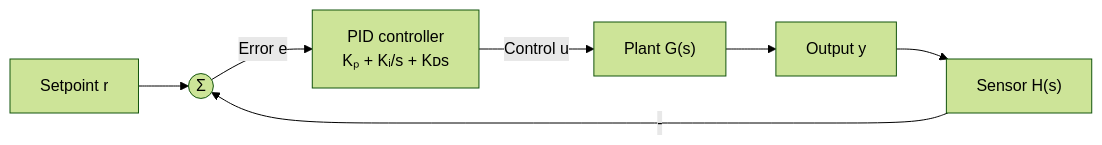
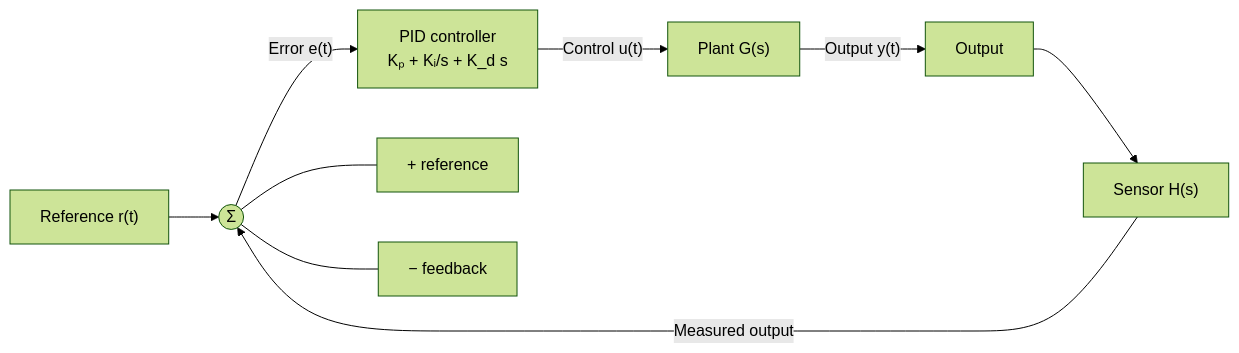
Before and after one commit to vrevolverrr/vicher: the diagram in eval/figure/generated/luna/e-control-loop.md, drawn with Mermaid (forest theme). The commit also changed other lines of this file and 145 other files, not shown here.

First line of the commit message:
fix(figure): renderer defects found in the figure rating (#14)

````diff
--- a/eval/figure/generated/luna/e-control-loop.md
+++ b/eval/figure/generated/luna/e-control-loop.md
@@ -3,9 +3,11 @@
 ```mermaid
 flowchart LR
-    r["Setpoint r"] --> sum(("Σ"))
-    sum -->|"Error e"| pid["PID controller<br/>Kₚ + Kᵢ/s + Kᴅs"]
-    pid -->|"Control u"| plant["Plant G(s)"]
-    plant --> y["Output y"]
-    y --> sensor["Sensor H(s)"]
-    sensor -->|"-"| sum
+    R["Reference r(t)"] --> SUM(("Σ"))
+    SUM -->|"Error e(t)"| PID["PID controller<br/>Kₚ + Kᵢ/s + K_d s"]
+    PID -->|"Control u(t)"| PLANT["Plant G(s)"]
+    PLANT -->|"Output y(t)"| Y["Output"]
+    Y --> SENSOR["Sensor H(s)"]
+    SENSOR -->|"Measured output"| SUM
+    SUM --- PLUS["+ reference"]
+    SUM --- MINUS["− feedback"]
 ```
````
